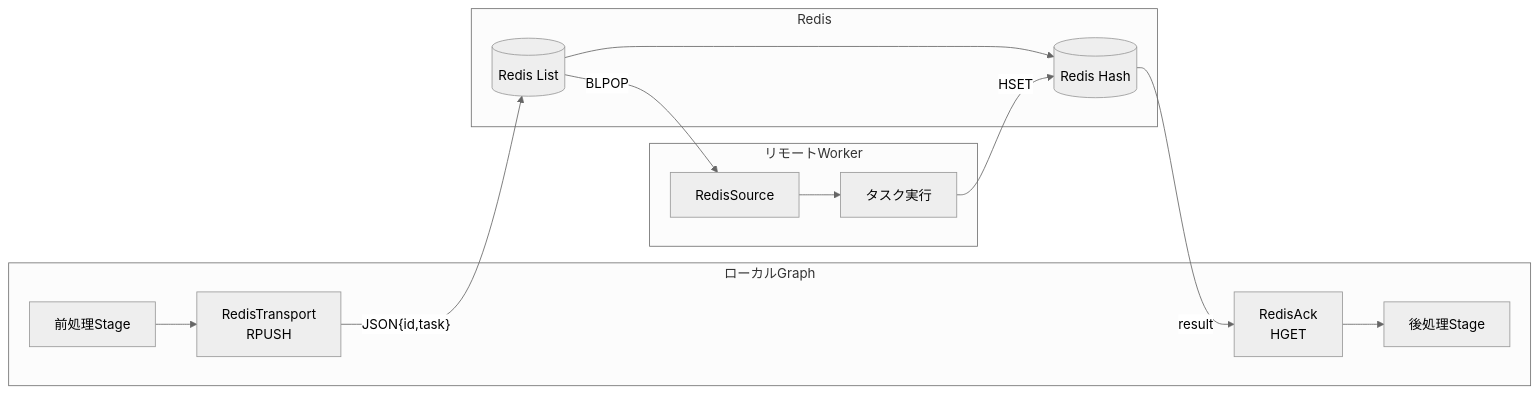
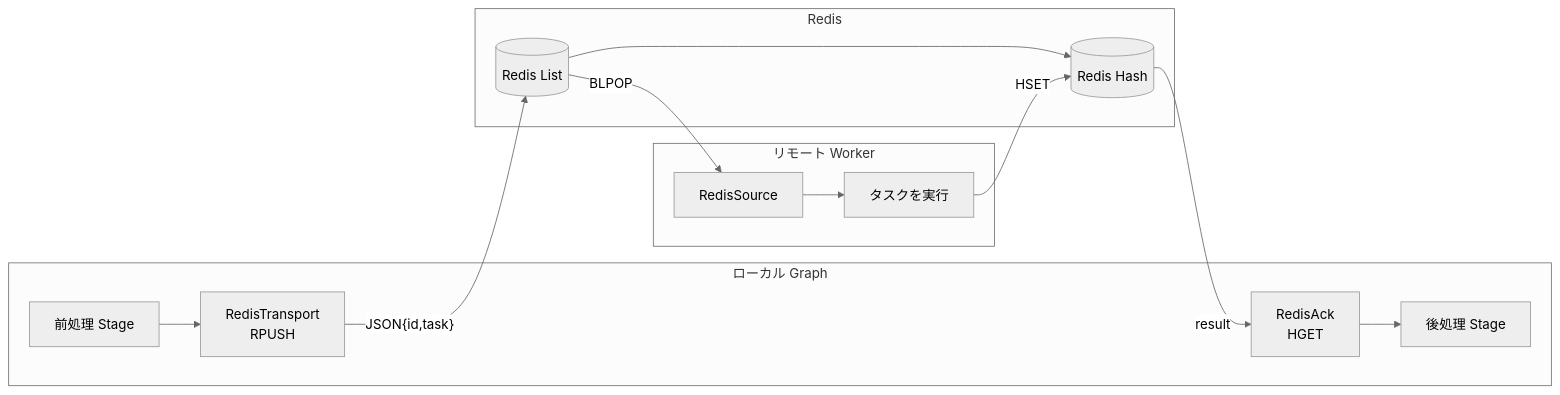
One commit to Mr-xiaotian/CelestialFlow changed the ninth of 9 diagrams in docs/ja/presentation.md. Above: the diagram before and after it, drawn with Mermaid (neutral theme). The commit also changed other lines of this file and 278 other files, not shown here.

````diff
--- a/docs/ja/presentation.md
+++ b/docs/ja/presentation.md
@@ -596,19 +596,19 @@
 ```mermaid
 graph LR
-    subgraph ローカルGraph
-        A[前処理Stage] --> B[RedisTransport<br/>RPUSH]
-        E[RedisAck<br/>HGET] --> F[後処理Stage]
+    subgraph ローカル Graph
+        A[前処理 Stage] --> B[RedisTransport<br/>RPUSH]
+        E[RedisAck<br/>HGET] --> F[後処理 Stage]
     end
 
     subgraph Redis
         B -->|"JSON{id,task}"| C[(Redis List)]
         C --> D[(Redis Hash)]
         D -->|"result"| E
     end
 
-    subgraph リモートWorker
+    subgraph リモート Worker
         C -->|BLPOP| G[RedisSource]
-        G --> H[タスク実行]
+        G --> H[タスクを実行]
         H -->|HSET| D
     end
 ```
````
